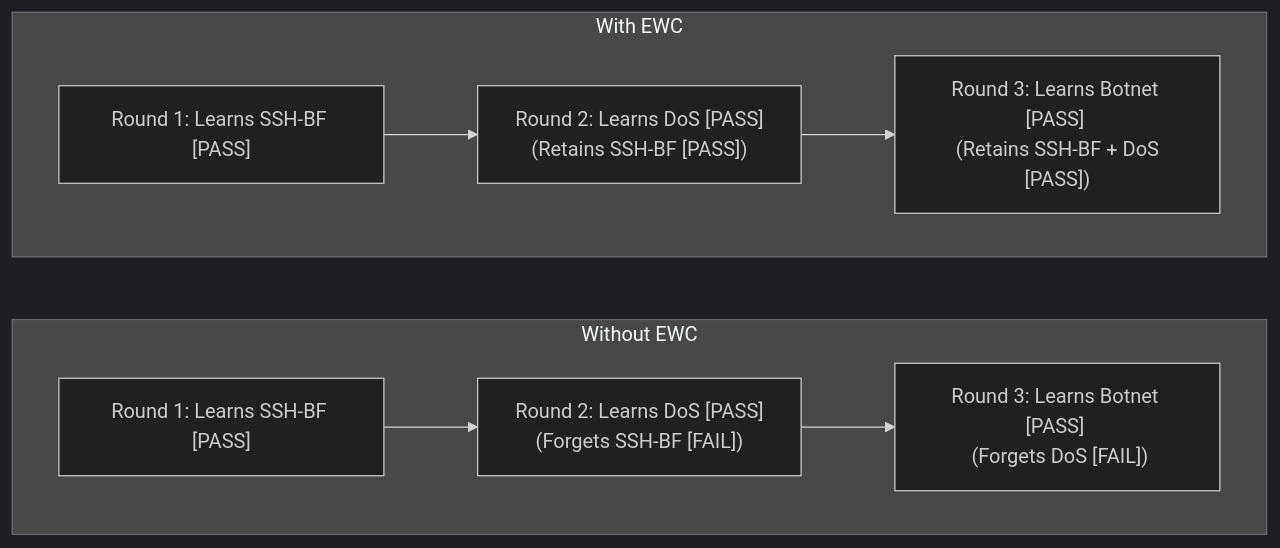
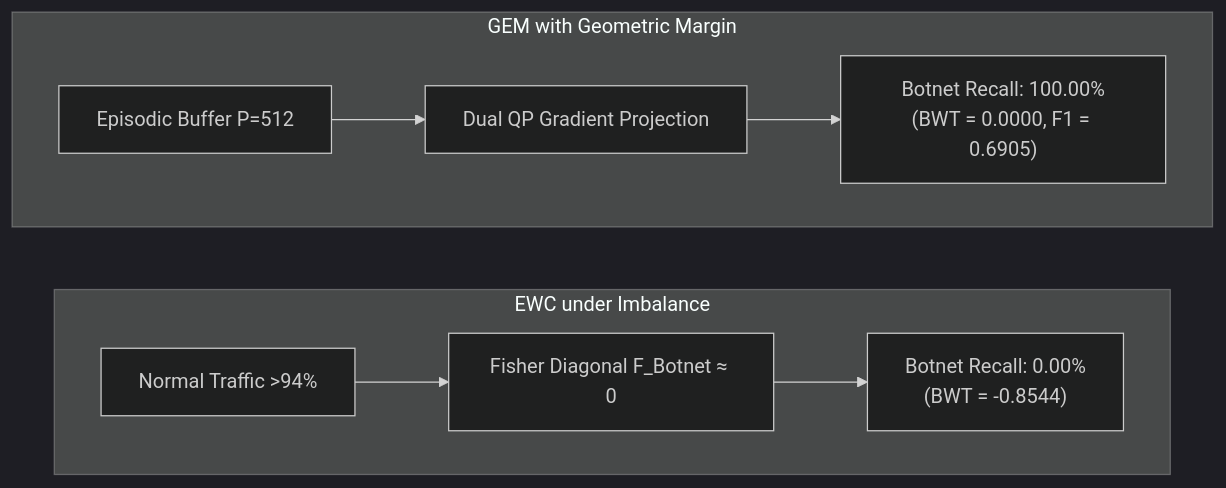
Before and after one commit to rhaffle87/fl-cl: the second of 4 diagrams in docs/05_continual_learning_fcl.md, drawn with Mermaid (dark theme). The commit also changed other lines of this file and 17 other files, not shown here.

Commit message:
docs: add technical documentation, architecture diagrams, and experiment configuration

````diff
--- a/docs/05_continual_learning_fcl.md
+++ b/docs/05_continual_learning_fcl.md
@@ -245,13 +246,13 @@
 ```mermaid
 flowchart LR
-    subgraph WithoutEWC ["Without EWC"]
+    subgraph EWC_Collapse ["EWC under Imbalance"]
         direction LR
-        W1["Round 1: Learns SSH-BF [PASS]"] --> W2["Round 2: Learns DoS [PASS] <br/> (Forgets SSH-BF [FAIL])"]
-        W2 --> W3["Round 3: Learns Botnet [PASS] <br/> (Forgets DoS [FAIL])"]
+        E1["Normal Traffic >94%"] --> E2["Fisher Diagonal F_Botnet ≈ 0"]
+        E2 --> E3["Botnet Recall: 0.00%<br/>(BWT = -0.8544)"]
     end
-    subgraph WithEWC ["With EWC"]
+    subgraph GEM_Restoration ["GEM with Geometric Margin"]
         direction LR
-        E1["Round 1: Learns SSH-BF [PASS]"] --> E2["Round 2: Learns DoS [PASS] <br/> (Retains SSH-BF [PASS])"]
-        E2 --> E3["Round 3: Learns Botnet [PASS] <br/> (Retains SSH-BF + DoS [PASS])"]
+        G1["Episodic Buffer P=512"] --> G2["Dual QP Gradient Projection"]
+        G2 --> G3["Botnet Recall: 100.00%<br/>(BWT = 0.0000, F1 = 0.6905)"]
     end
 ```
````
